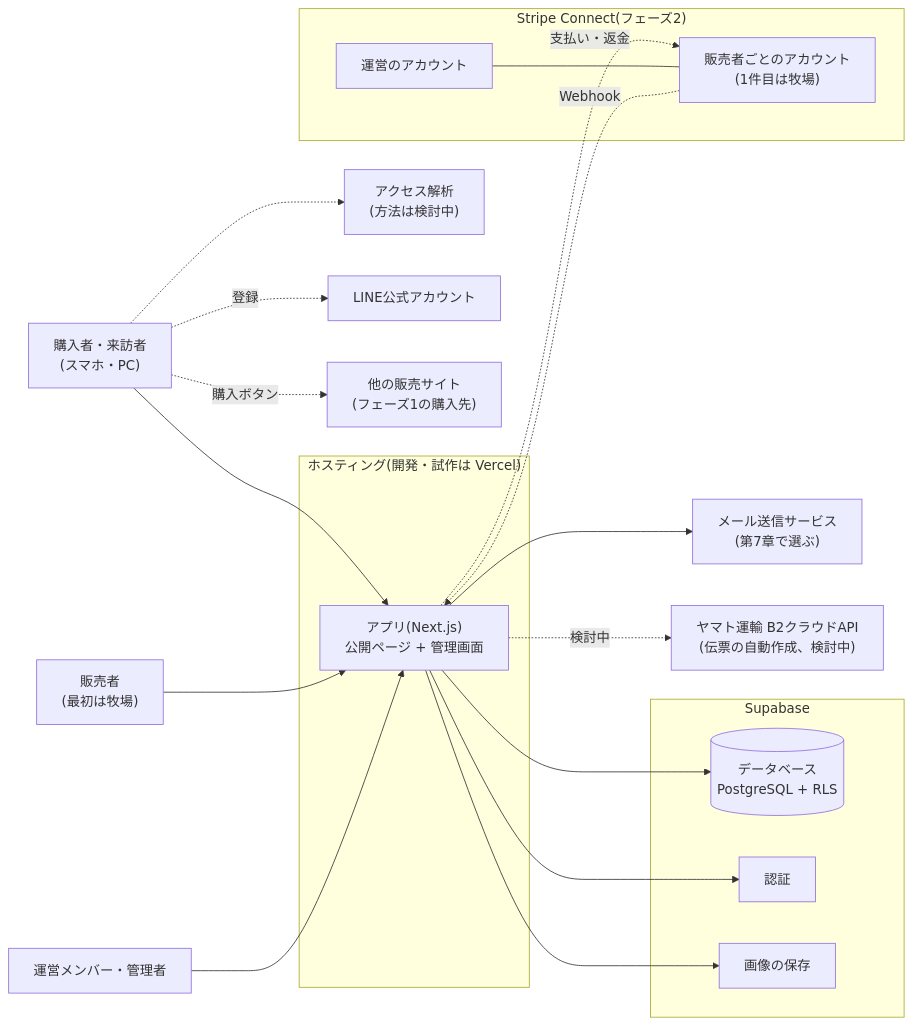
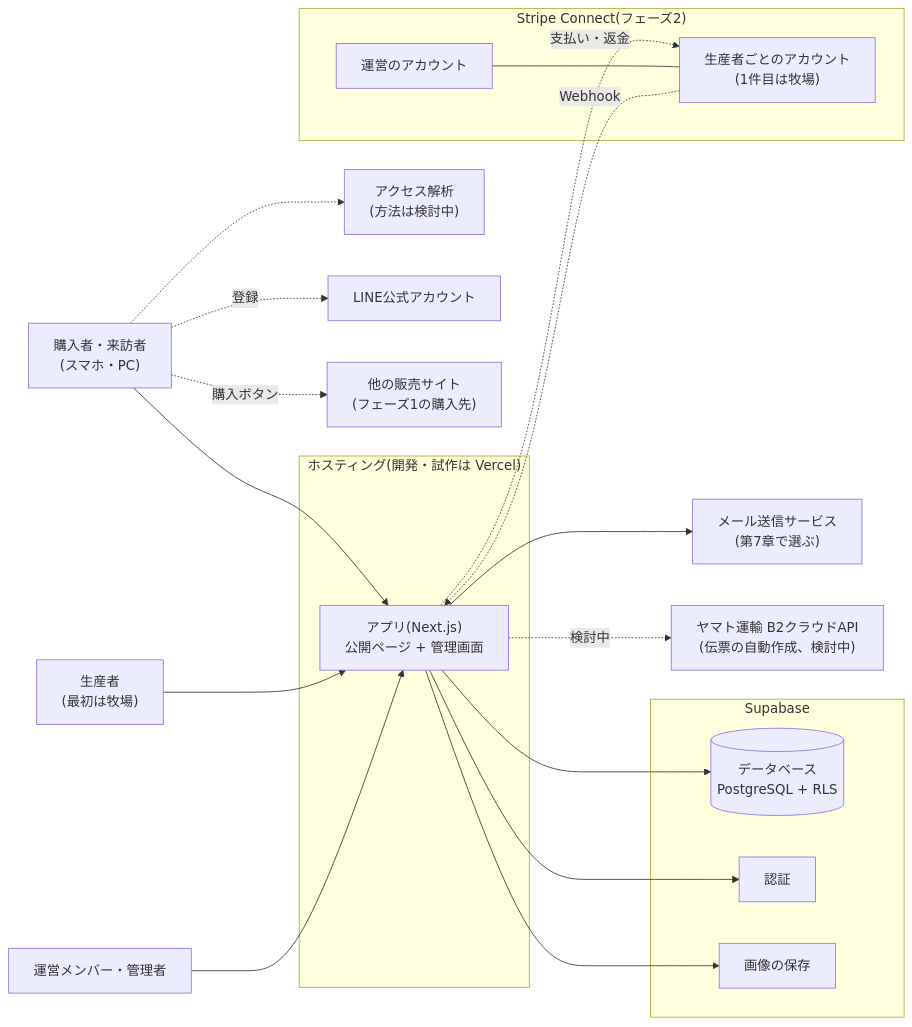
One commit to tenkunomori-emu/emu-farm-ec changed the first of 4 diagrams in docs/03-basic-design.md. Above: the diagram before and after it, drawn with Mermaid. The commit also changed other lines of this file and 1 other file, not shown here.

Commit message:
docs: 絞っていた第1.1節を戻し、要件定義書 v1.3 の参照と「生産者」の表記にそろえる

````diff
--- a/docs/03-basic-design.md
+++ b/docs/03-basic-design.md
@@ -47,42 +47,42 @@
 ```mermaid
 flowchart LR
   visitor["購入者・来訪者<br>(スマホ・PC)"]
-  seller["販売者<br>(最初は牧場)"]
+  seller["生産者<br>(最初は牧場)"]
   staff["運営メンバー・管理者"]
 
   subgraph host["ホスティング(開発・試作は Vercel)"]
     app["アプリ(Next.js)<br>公開ページ + 管理画面"]
   end
 
   subgraph supa["Supabase"]
     db[("データベース<br>PostgreSQL + RLS")]
     auth["認証"]
     storage["画像の保存"]
   end
 
   subgraph stripe["Stripe Connect(フェーズ2)"]
     platform["運営のアカウント"]
-    connected["販売者ごとのアカウント<br>(1件目は牧場)"]
+    connected["生産者ごとのアカウント<br>(1件目は牧場)"]
   end
 
   mail["メール送信サービス<br>(第7章で選ぶ)"]
   analytics["アクセス解析<br>(方法は検討中)"]
   line["LINE公式アカウント"]
   shop["他の販売サイト<br>(フェーズ1の購入先)"]
   yamato["ヤマト運輸 B2クラウドAPI<br>(伝票の自動作成、検討中)"]
 
   visitor --> app
   seller --> app
   staff --> app
   app --> db
   app --> auth
   app --> storage
   app --> mail
   visitor -.-> analytics
   visitor -.登録.-> line
   visitor -.購入ボタン.-> shop
   app -.支払い・返金.-> connected
   platform --- connected
   connected -.Webhook.-> app
   app -.検討中.-> yamato
 ```
````
